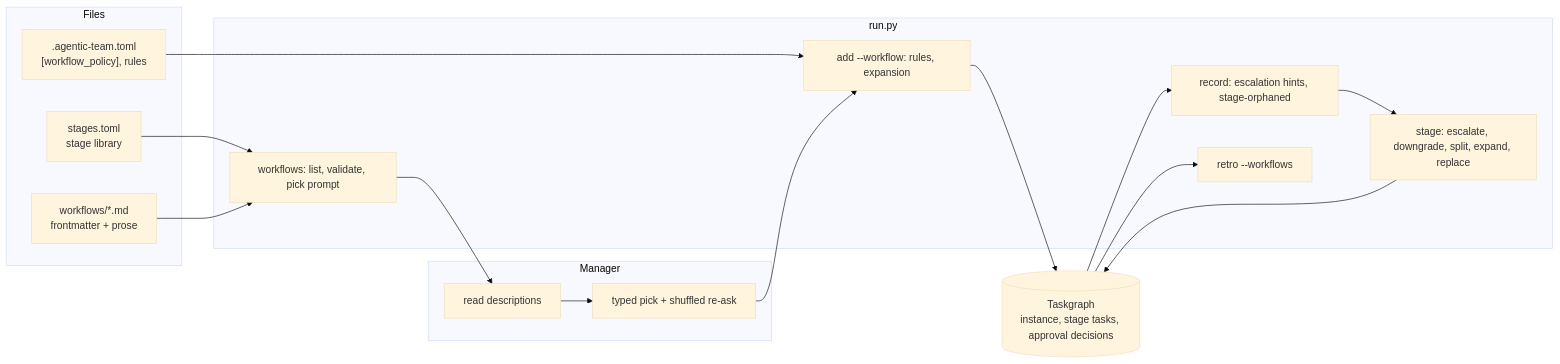
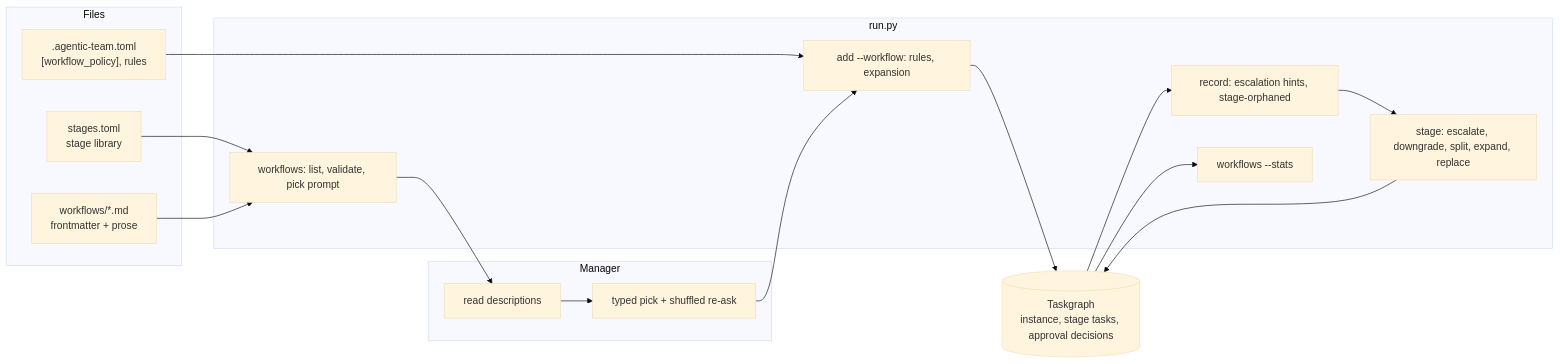
The first of 3 diagrams in plugins/agentic-team/docs/design/workflow-templates.md (ronicayu/ronica-skills), drawn with Mermaid (base theme) before and after one commit. The commit also changed other lines of this file and 11 other files, not shown here.

Commit message:
agentic-team: workflow templates W6 (retro stats, proposals, docs), 0.31.0

````diff
--- a/plugins/agentic-team/docs/design/workflow-templates.md
+++ b/plugins/agentic-team/docs/design/workflow-templates.md
@@ -41,28 +41,28 @@
 ```mermaid
 flowchart LR
   subgraph Files
     LIB["stages.toml<br/>stage library"]
     WF["workflows/*.md<br/>frontmatter + prose"]
     CFG[".agentic-team.toml<br/>[workflow_policy], rules"]
   end
   subgraph Manager
     READ["read descriptions"]
     PICK["typed pick + shuffled re-ask"]
   end
   subgraph runpy["run.py"]
     WFS["workflows: list, validate, pick prompt"]
     ADD["add --workflow: rules, expansion"]
     STG["stage: escalate, downgrade, split, expand, replace"]
     REC["record: escalation hints, stage-orphaned"]
-    RETRO["retro --workflows"]
+    RETRO["workflows --stats"]
   end
   TG[("Taskgraph<br/>instance, stage tasks, approval decisions")]
   LIB --> WFS
   WF --> WFS
   CFG --> ADD
   WFS --> READ --> PICK --> ADD
   ADD --> TG
   STG --> TG
   TG --> REC --> STG
   TG --> RETRO
 ```
````
